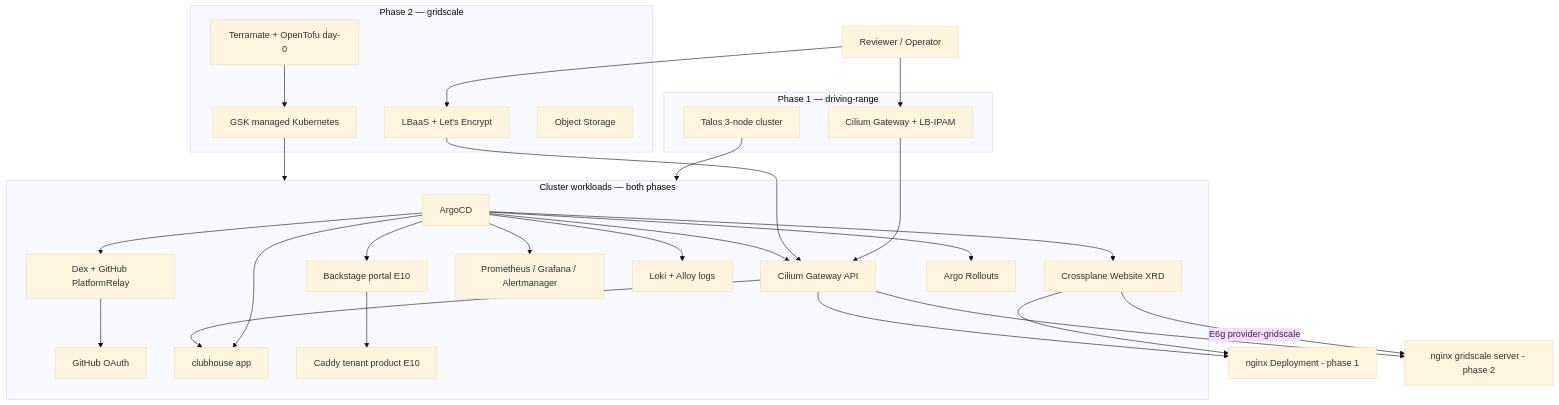
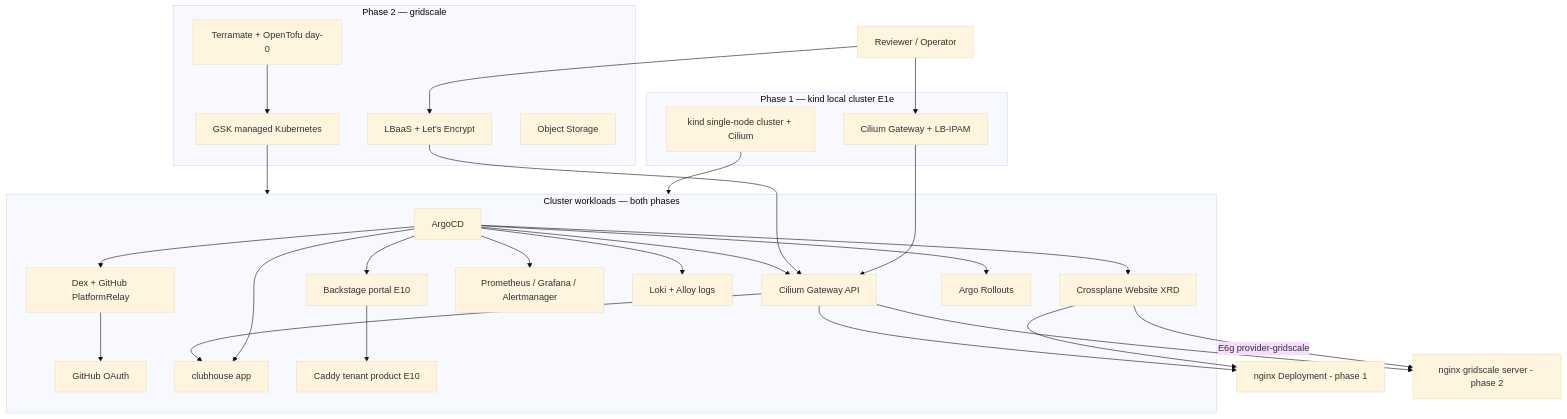
One commit to PlatformRelay/Kaddy changed the diagram in docs/ARCHITECTURE.md. Above: the diagram before and after it, drawn with Mermaid (base theme). The commit also changed other lines of this file and 4 other files, not shown here.

First line of the commit message:
:memo: docs(substrate): retcon Talos->kind+Cilium as phase-1 substrate (ARCH-1, ARCH-6, DOC-1, DOC-2, DIR-5)

````diff
--- a/docs/ARCHITECTURE.md
+++ b/docs/ARCHITECTURE.md
@@ -12,45 +23,45 @@
 ```mermaid
 flowchart TB
   reviewer[Reviewer / Operator]
-  subgraph local [Phase 1 — driving-range]
-    dr[Talos 3-node cluster]
+  subgraph local [Phase 1 — kind local cluster E1e]
+    dr[kind single-node cluster + Cilium]
     cilium[Cilium Gateway + LB-IPAM]
   end
   subgraph gs [Phase 2 — gridscale]
     tofu[Terramate + OpenTofu day-0]
     gsk[GSK managed Kubernetes]
     lb[LBaaS + Let's Encrypt]
     obj[Object Storage]
   end
   subgraph cluster [Cluster workloads — both phases]
     argocd[ArgoCD]
     idp[Dex + GitHub PlatformRelay]
     gh[GitHub OAuth]
     portal[Backstage portal E10]
     gw[Cilium Gateway API]
     prom[Prometheus / Grafana / Alertmanager]
     loki[Loki + Alloy logs]
     xp[Crossplane Website XRD]
     rollouts[Argo Rollouts]
     app[clubhouse app]
     caddyTenant[Caddy tenant product E10]
   end
   nginxLocal[nginx Deployment - phase 1]
   nginxCloud[nginx gridscale server - phase 2]
   reviewer --> cilium
   cilium --> gw
   reviewer --> lb
   lb --> gw
   dr --> cluster
   tofu --> gsk
   gsk --> cluster
   argocd --> gw & prom & loki & xp & rollouts & app
   argocd --> idp & portal
   idp --> gh
   xp --> nginxLocal
   xp -->|E6g provider-gridscale| nginxCloud
   gw --> app
   gw --> nginxLocal
   gw --> nginxCloud
   portal --> caddyTenant
 ```
````
